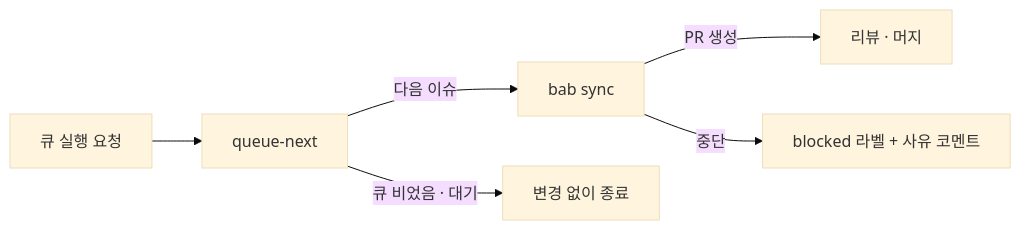
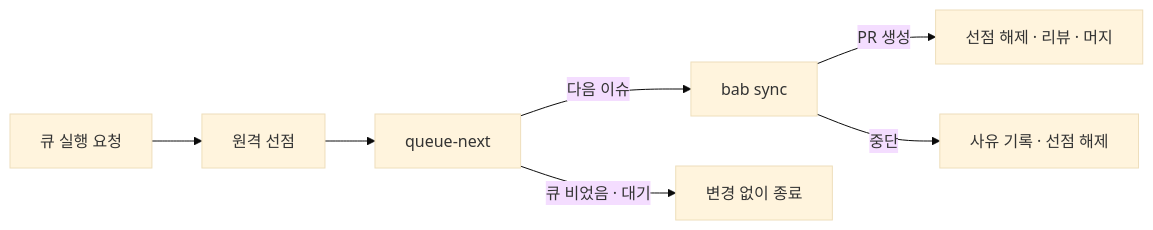
Before and after one commit to freevue/bab-skill: the third of 3 diagrams in docs/guide.md, drawn with Mermaid (base theme). The commit also changed other lines of this file and 33 other files, not shown here.

````diff
--- a/docs/guide.md
+++ b/docs/guide.md
@@ -482,8 +486,9 @@
 ```mermaid
 flowchart LR
-  A[큐 실행 요청] --> B[queue-next]
+  A[큐 실행 요청] --> L[원격 선점]
+  L --> B[queue-next]
   B -->|다음 이슈| C[bab sync]
   B -->|큐 비었음 · 대기| D[변경 없이 종료]
-  C -->|PR 생성| E[리뷰 · 머지]
-  C -->|중단| F[blocked 라벨 + 사유 코멘트]
+  C -->|PR 생성| E[선점 해제 · 리뷰 · 머지]
+  C -->|중단| F[사유 기록 · 선점 해제]
 ```
````
